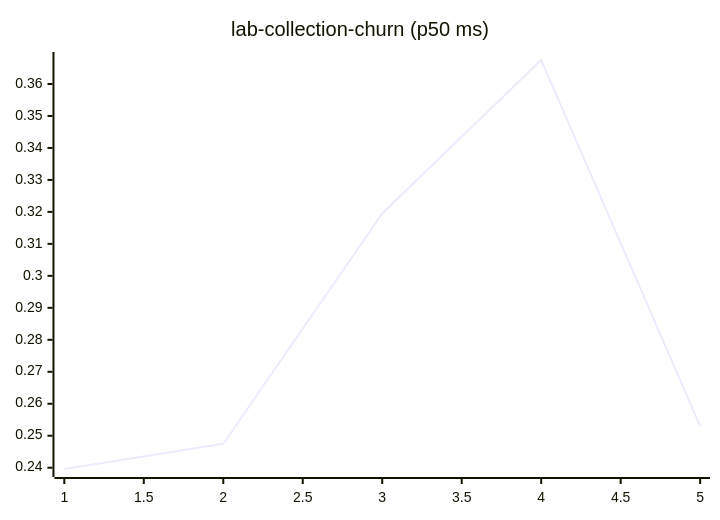
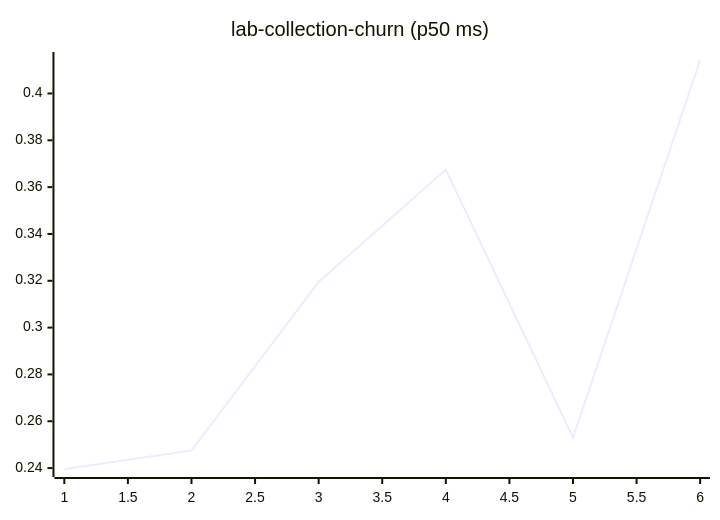
Before and after one commit to josha/Facet: diagram 11 of 27 in README.md, drawn with Mermaid. The commit also changed other lines of this file and 2 other files, not shown here.

````diff
--- a/README.md
+++ b/README.md
@@ -133,6 +133,6 @@
 ```mermaid
 xychart-beta
     title "lab-collection-churn (p50 ms)"
-    x-axis 1 --> 5
-    line [0.2396, 0.2475, 0.3195, 0.3675, 0.2530]
+    x-axis 1 --> 6
+    line [0.2396, 0.2475, 0.3195, 0.3675, 0.2530, 0.4143]
 ```
````
